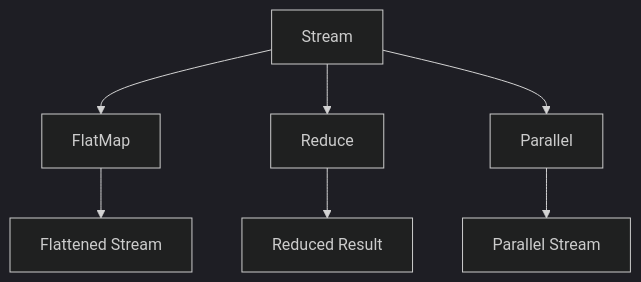
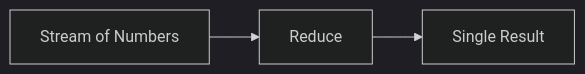
Before and after one commit to DanielCreggOrganization/w8-lab-stream-nastaj: the fifth of 6 diagrams in README.md, drawn with Mermaid (dark theme). The commit also changed other lines of this file, not shown here.

````diff
--- a/README.md
+++ b/README.md
@@ -442,9 +248,5 @@
 ```mermaid
-graph TD
-    A[Stream] --> B[FlatMap]
-    A --> C[Reduce]
-    A --> D[Parallel]
-    B --> E[Flattened Stream]
-    C --> F[Reduced Result]
-    D --> G[Parallel Stream]
+graph LR
+    A[Stream of Numbers] --> B[Reduce]
+    B --> C[Single Result]
 ```
````
